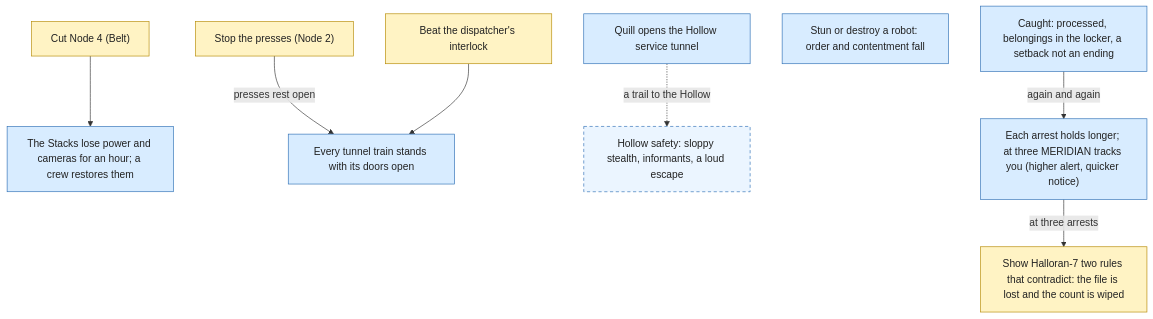
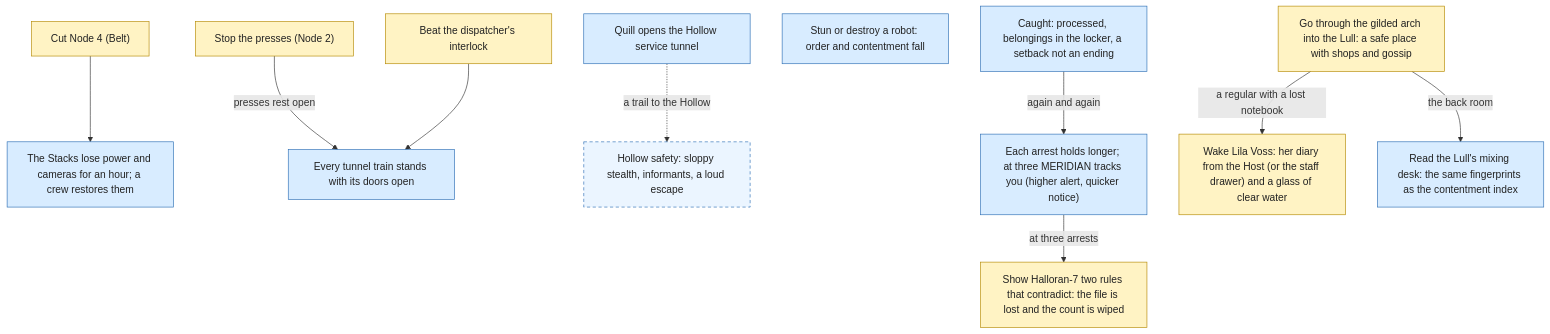
One commit to chrislee35/quiet-hours changed the fifth of 7 diagrams in docs/decision-tree.md. Above: the diagram before and after it, drawn with Mermaid. The commit also changed other lines of this file and 24 other files, not shown here.

Commit message:
T4.1: the Lull: gilded arch from the Civic Core, a safe place with the Host (free drink, a song, clear water, gossip, the false and true lines about Odile), Marta, Odile in her booth, SQ-08 Table for One with two ways to Lila's diary, the back-room terminal; tests and docs

````diff
--- a/docs/decision-tree.md
+++ b/docs/decision-tree.md
@@ -184,28 +184,33 @@
 ```mermaid
 flowchart TD
   n_power["Cut Node 4 (Belt)"]
   n_blackout["The Stacks lose power and cameras for an hour; a crew restores them"]
   n_node2["Stop the presses (Node 2)"]
   n_interlock["Beat the dispatcher's interlock"]
   n_stopped["Every tunnel train stands with its doors open"]
   n_hollowdoor["Quill opens the Hollow service tunnel"]
   n_hollowrisk["Hollow safety: sloppy stealth, informants, a loud escape"]
   n_stunned["Stun or destroy a robot: order and contentment fall"]
   n_caught["Caught: processed, belongings in the locker, a setback not an ending"]
   n_escalate["Each arrest holds longer; at three MERIDIAN tracks you (higher alert, quicker notice)"]
   n_halloran["Show Halloran-7 two rules that contradict: the file is lost and the count is wiped"]
+  n_lullarch["Go through the gilded arch into the Lull: a safe place with shops and gossip"]
+  n_lila["Wake Lila Voss: her diary from the Host (or the staff drawer) and a glass of clear water"]
+  n_lullcore["Read the Lull's mixing desk: the same fingerprints as the contentment index"]
   n_power --> n_blackout
   n_node2 -->|presses rest open| n_stopped
   n_interlock --> n_stopped
   n_hollowdoor -.->|a trail to the Hollow| n_hollowrisk
   n_caught -->|again and again| n_escalate
   n_escalate -->|at three arrests| n_halloran
-  class n_power,n_node2,n_interlock,n_halloran decision
-  class n_blackout,n_stopped,n_hollowdoor,n_hollowrisk,n_stunned,n_caught,n_escalate outcome
+  n_lullarch -->|a regular with a lost notebook| n_lila
+  n_lullarch -->|the back room| n_lullcore
+  class n_power,n_node2,n_interlock,n_halloran,n_lullarch,n_lila decision
+  class n_blackout,n_stopped,n_hollowdoor,n_hollowrisk,n_stunned,n_caught,n_escalate,n_lullcore outcome
   class n_hollowrisk planned
   classDef decision fill:#fff3c4,stroke:#b58900,color:#222
   classDef outcome fill:#d8ecff,stroke:#2d6fb5,color:#222
   classDef achievement fill:#d9f2d9,stroke:#2e8b3d,color:#222
   classDef state fill:#eeeeee,stroke:#777,color:#222
   classDef planned stroke-dasharray:5 4,fill-opacity:0.5
 ```
````
